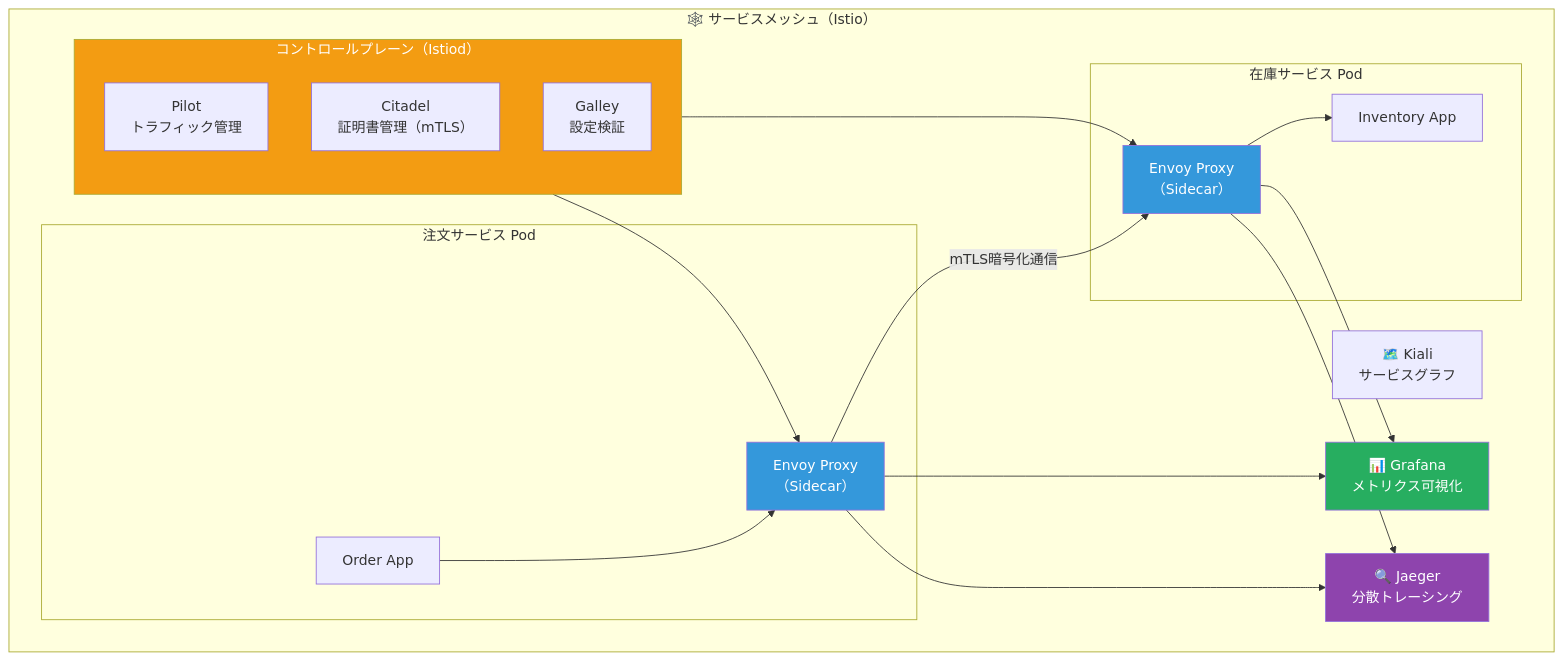
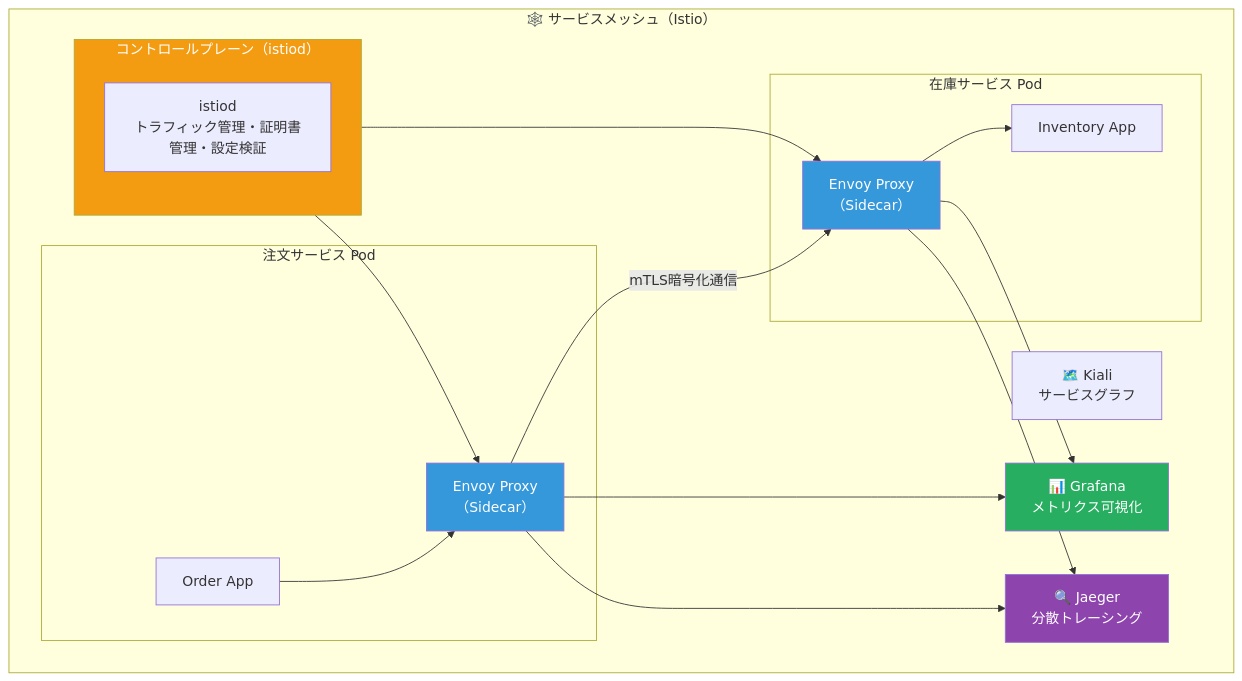
One commit to myoshi2891/Software-Design-and-Architecture changed diagram 18 of 40 in microservices-architecture-comprehensive-guide.md. Above: the diagram before and after it, drawn with Mermaid.

Commit message:
docs: update Istio control plane description to reflect consolidation into istiod

````diff
--- a/microservices-architecture-comprehensive-guide.md
+++ b/microservices-architecture-comprehensive-guide.md
@@ -885,37 +885,35 @@
 ```mermaid
 graph TD
     subgraph SERVICE_MESH["🕸️ サービスメッシュ（Istio）"]
         subgraph SVC_A["注文サービス Pod"]
             APP_A["Order App"]
             PROXY_A["Envoy Proxy<br>（Sidecar）"]
         end
 
         subgraph SVC_B["在庫サービス Pod"]
             APP_B["Inventory App"]
             PROXY_B["Envoy Proxy<br>（Sidecar）"]
         end
 
-        subgraph CONTROL_PLANE["コントロールプレーン（Istiod）"]
-            PILOT["Pilot<br>トラフィック管理"]
-            CITADEL["Citadel<br>証明書管理（mTLS）"]
-            GALLEY["Galley<br>設定検証"]
+        subgraph CONTROL_PLANE["コントロールプレーン（istiod）"]
+            ISTIOD["istiod<br>トラフィック管理・証明書管理・設定検証"]
         end
 
         GRAFANA["📊 Grafana<br>メトリクス可視化"]
         JAEGER["🔍 Jaeger<br>分散トレーシング"]
         KIALI["🗺️ Kiali<br>サービスグラフ"]
     end
 
     APP_A --> PROXY_A
     PROXY_A -->|"mTLS暗号化通信"| PROXY_B
     PROXY_B --> APP_B
 
     CONTROL_PLANE --> PROXY_A & PROXY_B
     PROXY_A & PROXY_B --> GRAFANA & JAEGER
 
     style CONTROL_PLANE fill:#f39c12,color:#fff
     style PROXY_A fill:#3498db,color:#fff
     style PROXY_B fill:#3498db,color:#fff
     style GRAFANA fill:#27ae60,color:#fff
     style JAEGER fill:#8e44ad,color:#fff
 ```
````
